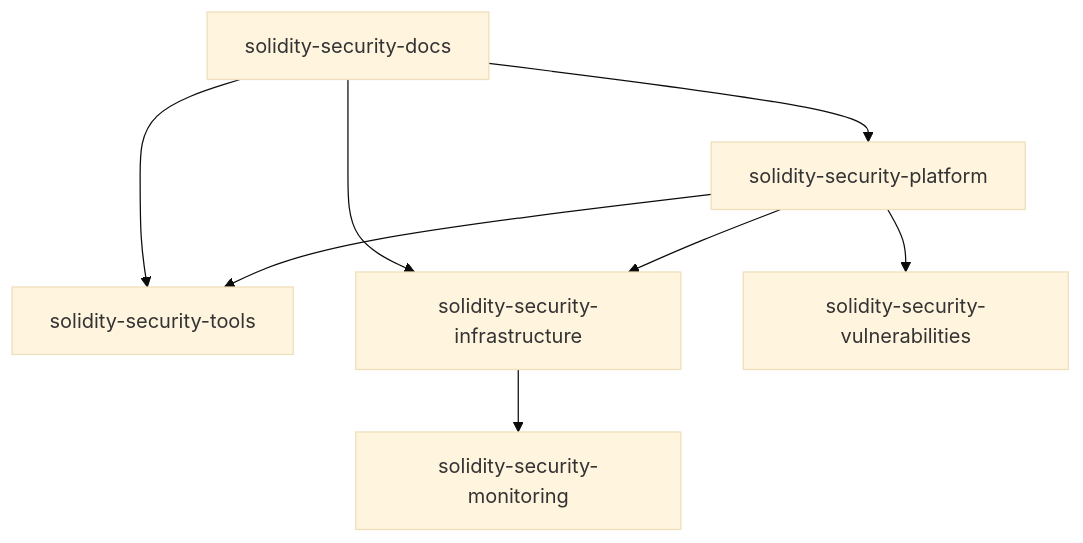
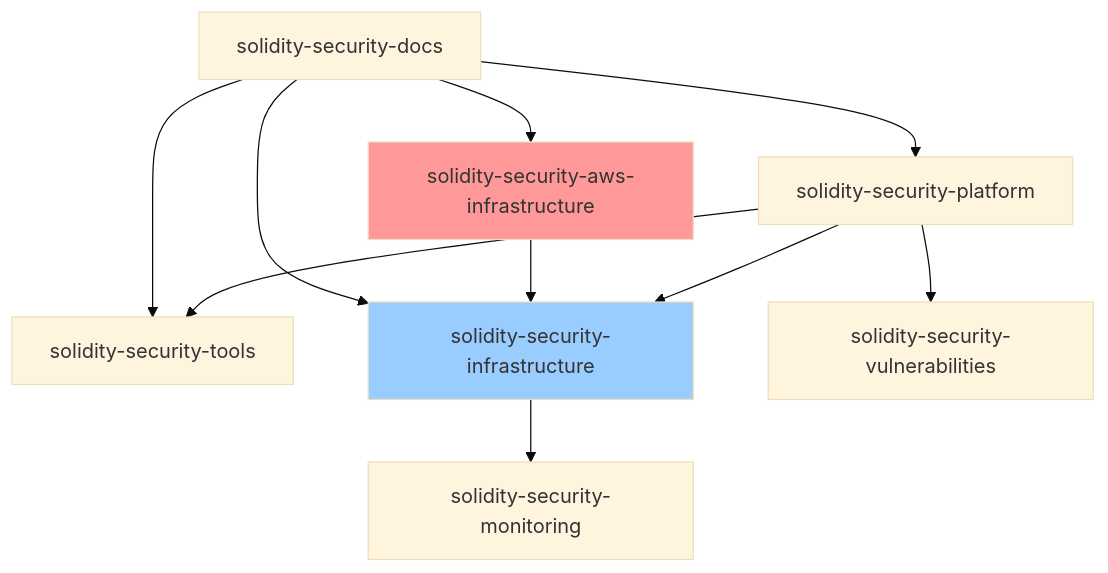
The diagram in repos.md (AdvancedBlockchainSecurity/docs), drawn with Mermaid (base theme) before and after one commit. The commit also changed other lines of this file, not shown here.

````diff
--- a/repos.md
+++ b/repos.md
@@ -246,10 +549,15 @@
 ```mermaid
 graph TB
     A[solidity-security-platform] --> B[solidity-security-tools]
     A --> C[solidity-security-infrastructure]
     A --> F[solidity-security-vulnerabilities]
+    G[solidity-security-aws-infrastructure] --> C
     C --> D[solidity-security-monitoring]
     E[solidity-security-docs] --> A
     E --> C
     E --> B
+    E --> G
+    
+    style G fill:#ff9999
+    style C fill:#99ccff
 ```
````
